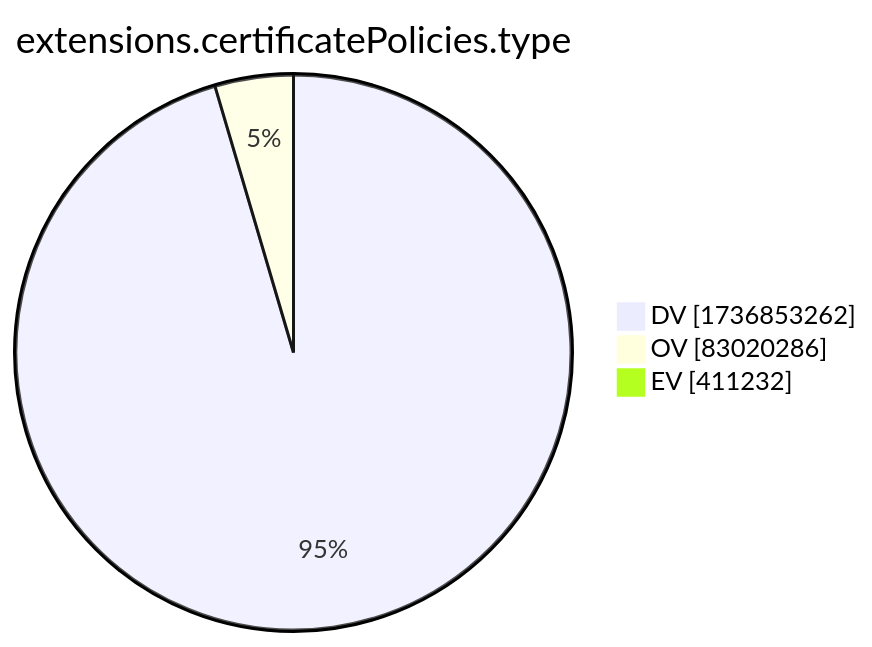
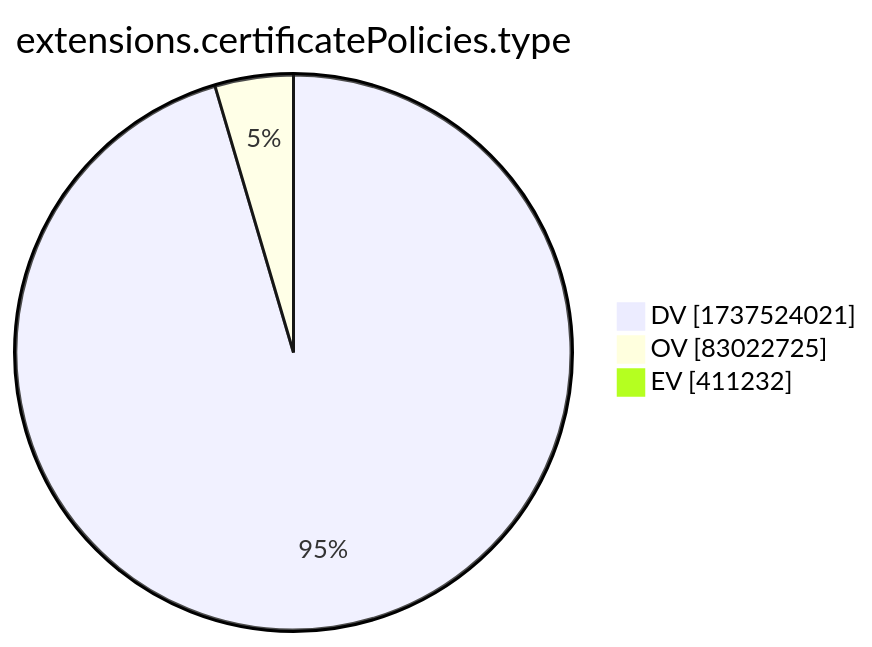
Before and after one commit to christiankrug/ctmonitor_visualization: the tenth of 15 diagrams in xenon2022/README.md, drawn with Mermaid. The commit also changed other lines of this file, not shown here.

````diff
--- a/xenon2022/README.md
+++ b/xenon2022/README.md
@@ -2881,7 +2881,7 @@
 ```mermaid
 pie showData
 title extensions.certificatePolicies.type
-"DV" :1736853262
-"OV" :83020286
+"DV" :1737524021
+"OV" :83022725
 "EV" :411232
 ```
````
